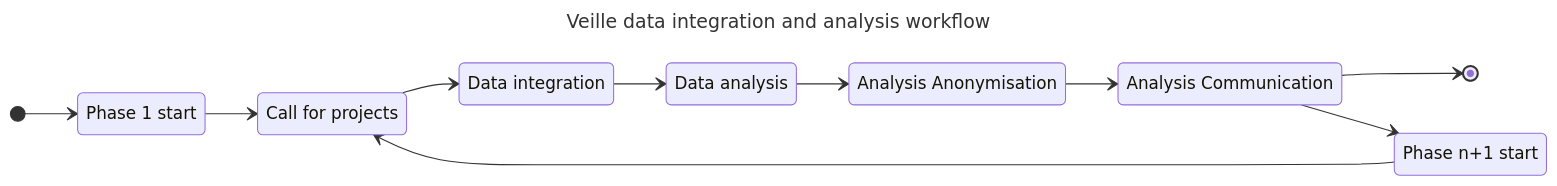
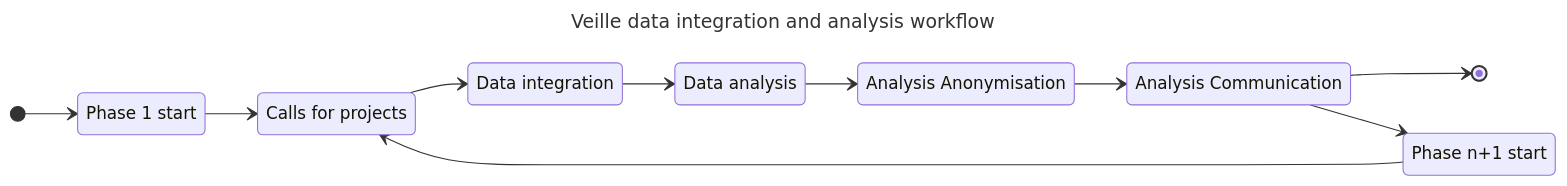
One commit to VCityTeam/PEPR-VDBI changed the first of 2 diagrams in data-visualization/src/index.md. Above: the diagram before and after it, drawn with Mermaid. The commit also changed other lines of this file and 6 other files, not shown here.

Commit message:
update cnu charts with grist data

````diff
--- a/data-visualization/src/index.md
+++ b/data-visualization/src/index.md
@@ -64,28 +64,28 @@
 ```mermaid
 ---
 title: Veille data integration and analysis workflow
 config:
   theme: default
 ---
 stateDiagram-v2
 
   direction LR
 
   [*] --> ZZ
   ZZ --> Call
   Call --> DI
   DI --> DA
   DA --> AA
   AA --> AC
   AC --> [*]
   AC --> P
   P --> Call
 
   ZZ : Phase 1 start
-  Call : Call for projects
+  Call : Calls for projects
   DI : Data integration
   DA : Data analysis
   AA : Analysis Anonymisation
   AC : Analysis Communication
   P : Phase n+1 start
 ```
````
